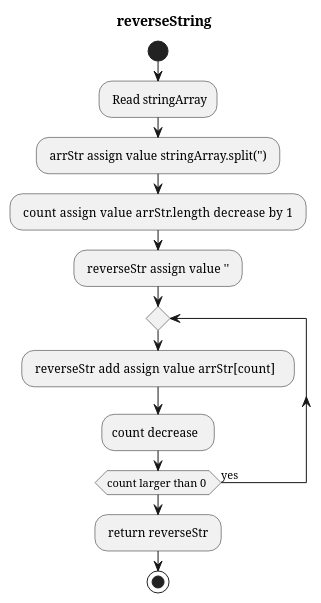
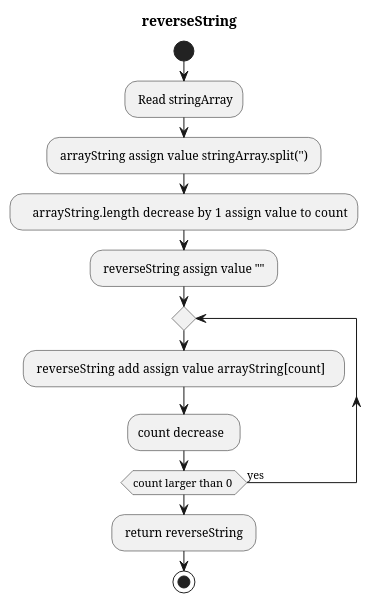
One commit to codingPhuc/B-i-t-p-nh-p-m-n-l-p-tr-nh changed the diagram in diagram/4a.wsd. Above: the diagram before and after it, drawn with PlantUML. The commit also changed 72 other files, not shown here.

```diff
--- a/diagram/4a.wsd
+++ b/diagram/4a.wsd
@@ -2,14 +2,14 @@
 @startuml.
 title reverseString
 start
 : Read stringArray;
-: arrStr assign value   stringArray.split('') ;
-: count assign value  arrStr.length  decrease by  1 ;
-: reverseStr assign value  '' ; 
+: arrayString assign value   stringArray.split('') ;
+:    arrayString.length  decrease by  1  assign value to count;
+: reverseString assign value "" ; 
 repeat
- : reverseStr  add assign value   arrStr[count]   ;  
+ : reverseString  add assign value   arrayString[count]   ;  
   :count decrease  ; 
 repeat while (count larger than 0 ) is (yes)
-: return  reverseStr ; 
+: return  reverseString ; 
 stop
 @enduml
```
